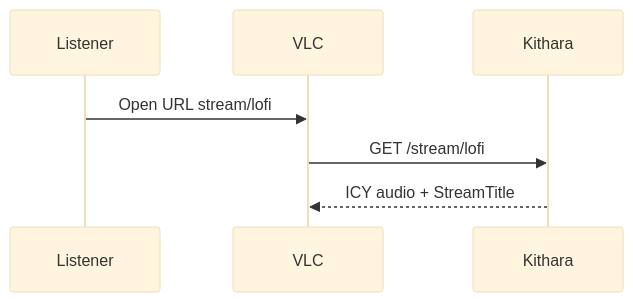
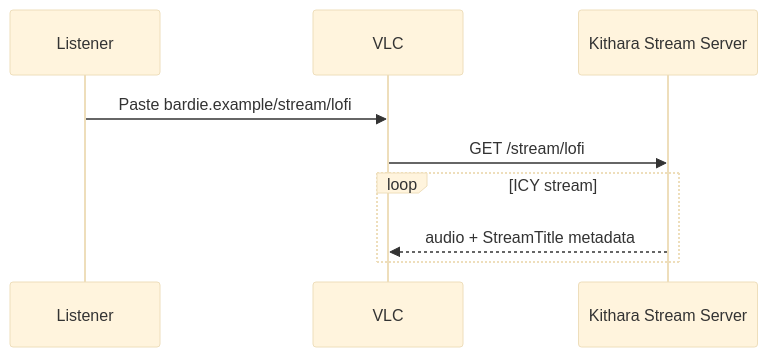
One commit to Bardie-radio/.github changed the first of 3 diagrams in profile/docs/architecture/04-user-journeys.md. Above: the diagram before and after it, drawn with Mermaid (base theme). The commit also changed other lines of this file, not shown here.

Commit message:
docs: sync mermaid diagram via /mermaid-sync

````diff
--- a/profile/docs/architecture/04-user-journeys.md
+++ b/profile/docs/architecture/04-user-journeys.md
@@ -6,10 +6,12 @@
 ```mermaid
 sequenceDiagram
   participant Listener
   participant Player as VLC
-  participant Kithara
+  participant Kithara as Kithara Stream Server
 
-  Listener->>Player: Open URL stream/lofi
+  Listener->>Player: Paste bardie.example/stream/lofi
   Player->>Kithara: GET /stream/lofi
-  Kithara-->>Player: ICY audio + StreamTitle
+  loop ICY stream
+    Kithara-->>Player: audio + StreamTitle metadata
+  end
 ```
````
